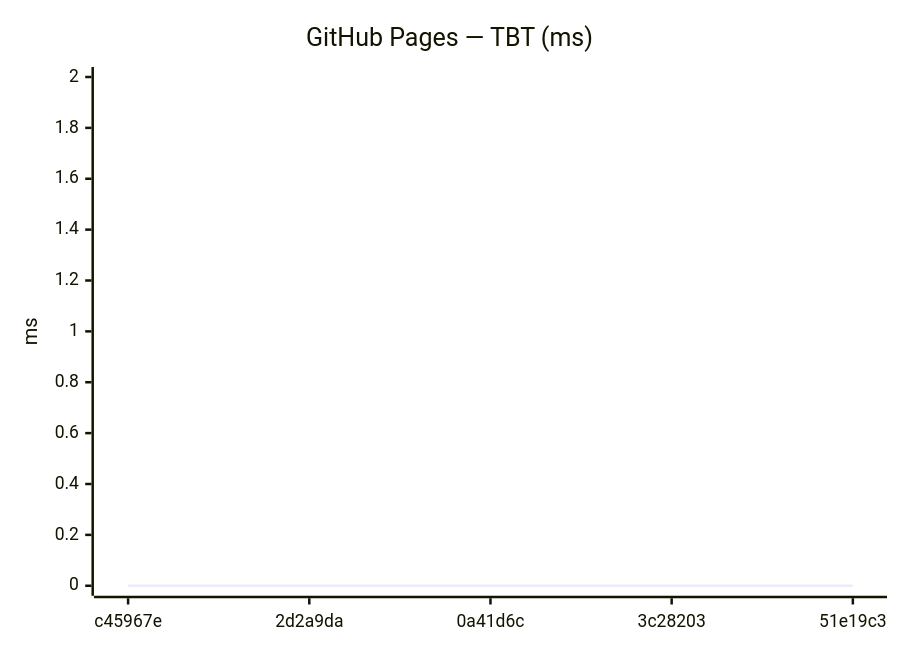
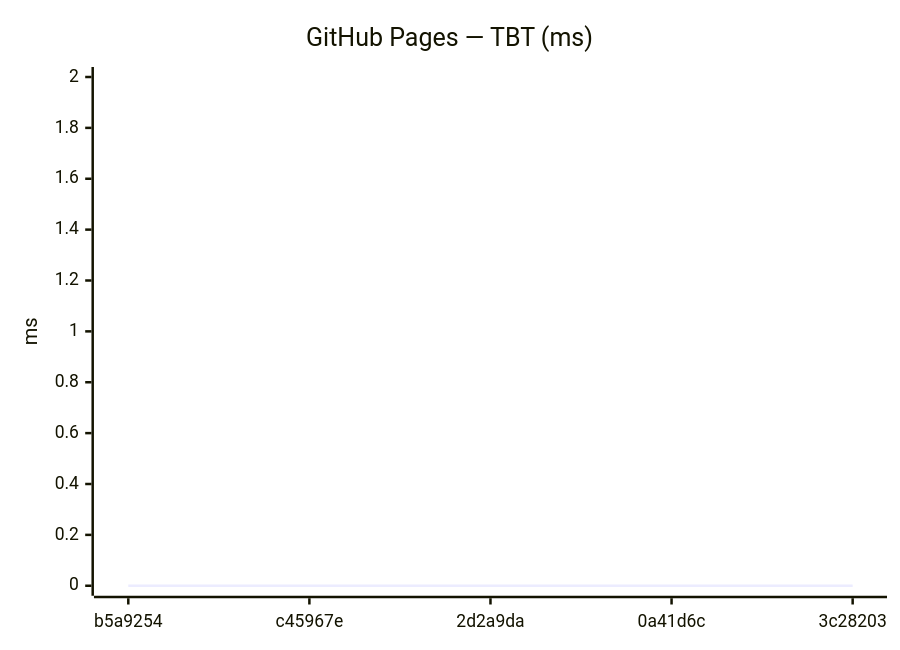
One commit to Metaheurist/Rianell changed the tenth of 18 diagrams in benchmarks/compare.md. Above: the diagram before and after it, drawn with Mermaid. The commit also changed other lines of this file and 11 other files, not shown here.

````diff
--- a/benchmarks/compare.md
+++ b/benchmarks/compare.md
@@ -149,7 +149,7 @@
 ```mermaid
 xychart-beta
     title "GitHub Pages — TBT (ms)"
-    x-axis ["c45967e", "2d2a9da", "0a41d6c", "3c28203", "51e19c3"]
+    x-axis ["b5a9254", "c45967e", "2d2a9da", "0a41d6c", "3c28203"]
     y-axis "ms" 0 --> 2
     line [0, 0, 0, 0, 0]
 ```
````
